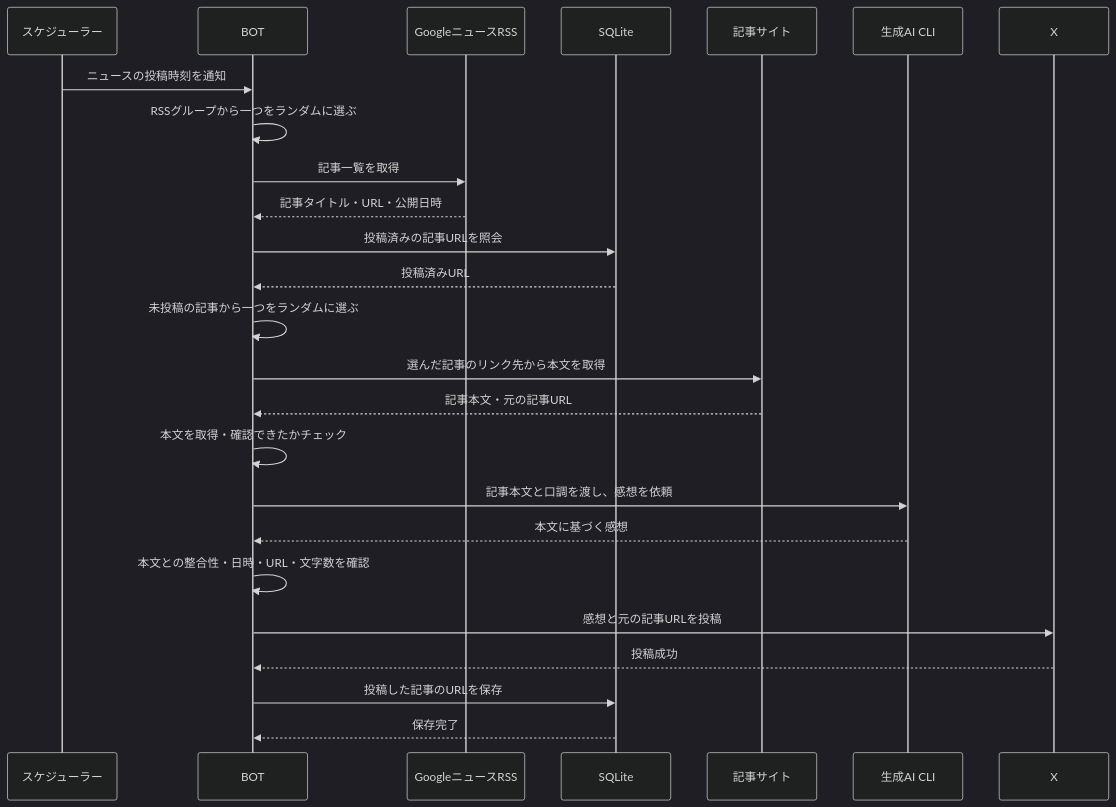
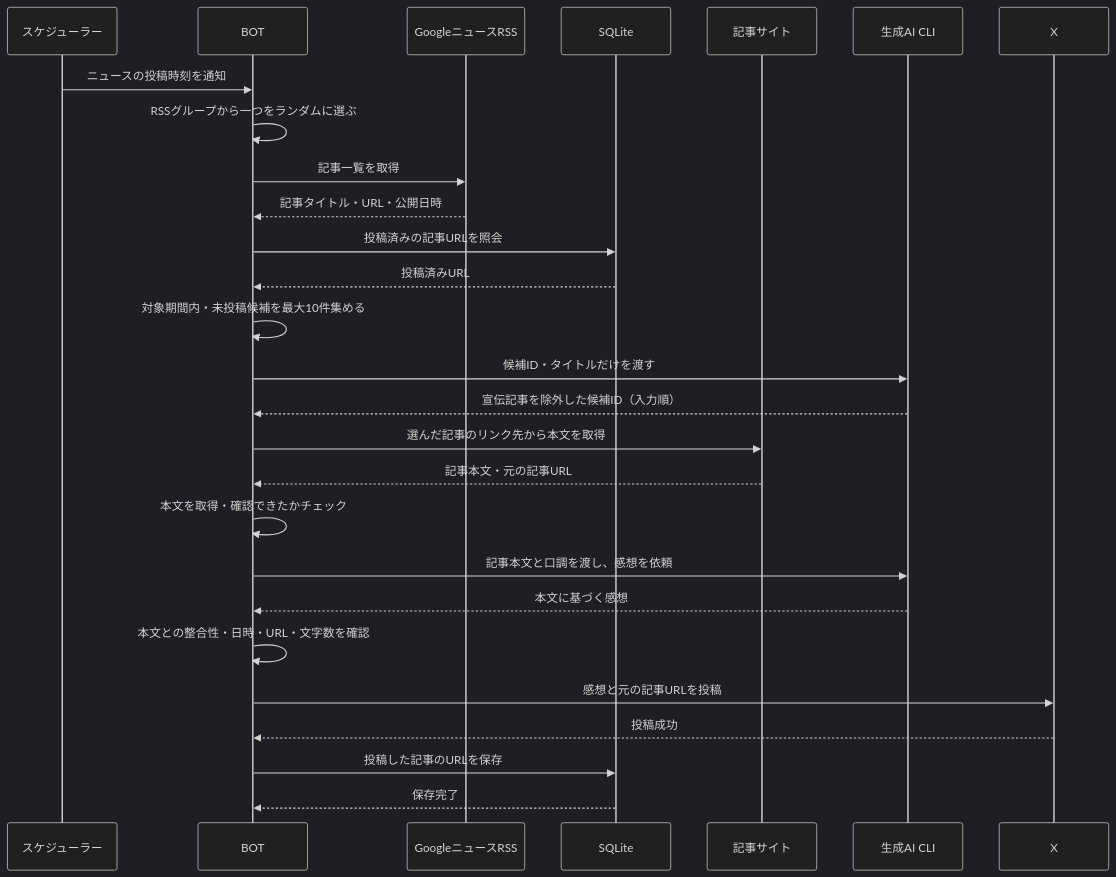
One commit to sheet00/shatotan-bot changed the second of 2 diagrams in doc/コンセプト.md. Above: the diagram before and after it, drawn with Mermaid (dark theme). The commit also changed other lines of this file and 9 other files, not shown here.

````diff
--- a/doc/コンセプト.md
+++ b/doc/コンセプト.md
@@ -152,28 +152,30 @@
 ```mermaid
 sequenceDiagram
     participant Scheduler as スケジューラー
     participant Bot as BOT
     participant RSS as GoogleニュースRSS
     participant DB as SQLite
     participant Article as 記事サイト
     participant AI as 生成AI CLI
     participant X as X
 
     Scheduler->>Bot: ニュースの投稿時刻を通知
     Bot->>Bot: RSSグループから一つをランダムに選ぶ
     Bot->>RSS: 記事一覧を取得
     RSS-->>Bot: 記事タイトル・URL・公開日時
     Bot->>DB: 投稿済みの記事URLを照会
     DB-->>Bot: 投稿済みURL
-    Bot->>Bot: 未投稿の記事から一つをランダムに選ぶ
+    Bot->>Bot: 対象期間内・未投稿候補を最大10件集める
+    Bot->>AI: 候補ID・タイトルだけを渡す
+    AI-->>Bot: 宣伝記事を除外した候補ID（入力順）
     Bot->>Article: 選んだ記事のリンク先から本文を取得
     Article-->>Bot: 記事本文・元の記事URL
     Bot->>Bot: 本文を取得・確認できたかチェック
     Bot->>AI: 記事本文と口調を渡し、感想を依頼
     AI-->>Bot: 本文に基づく感想
     Bot->>Bot: 本文との整合性・日時・URL・文字数を確認
     Bot->>X: 感想と元の記事URLを投稿
     X-->>Bot: 投稿成功
     Bot->>DB: 投稿した記事のURLを保存
     DB-->>Bot: 保存完了
 ```
````
